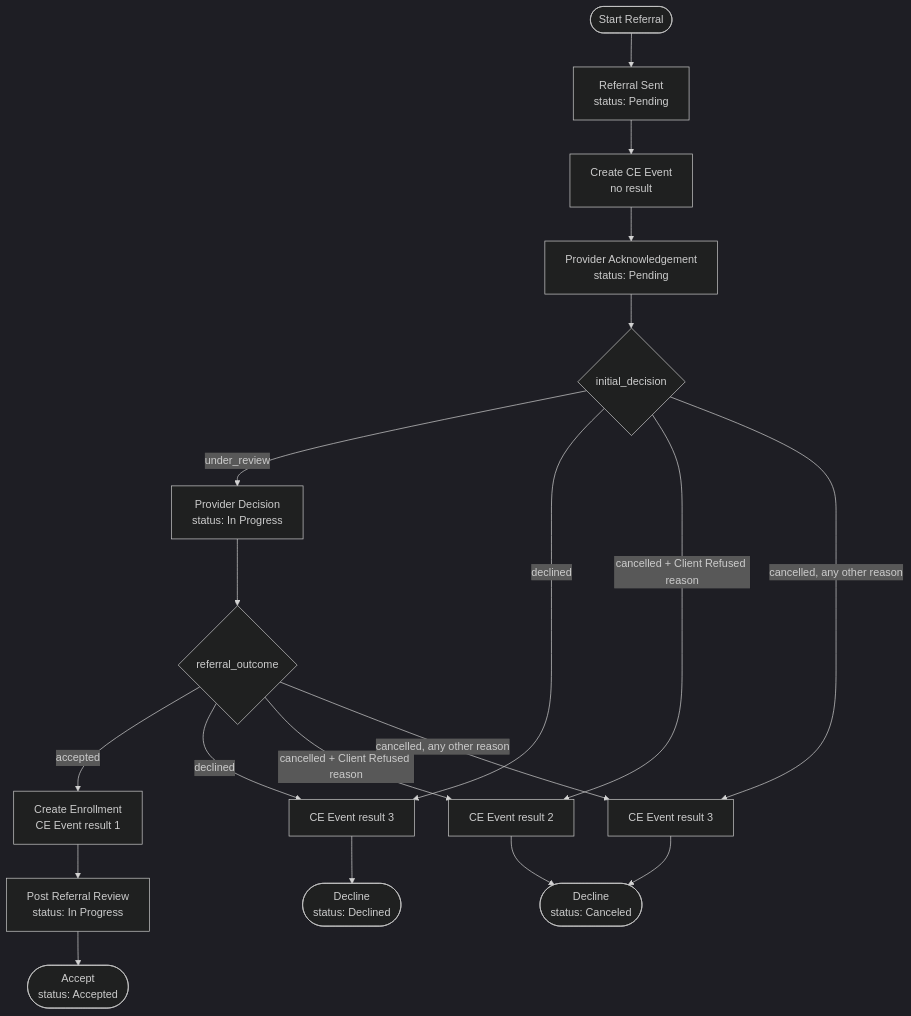
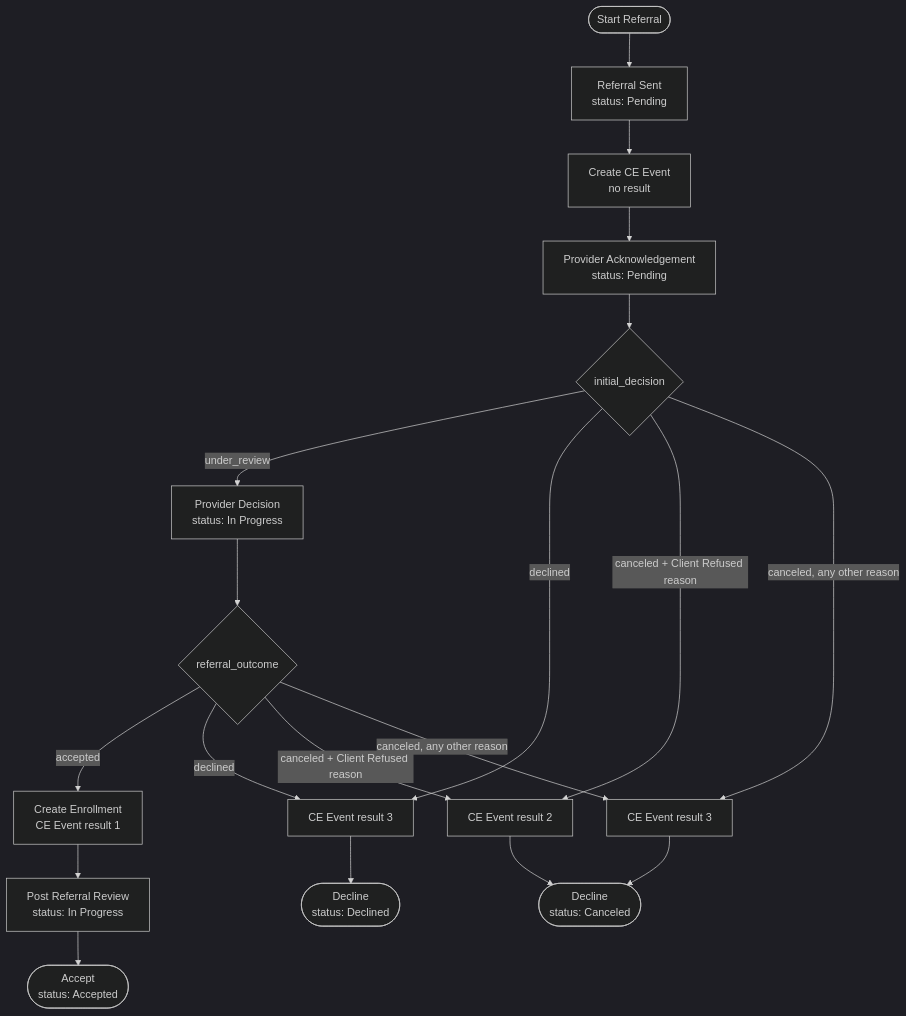
The diagram in drivers/hmis/lib/ce_workflows/az/README_FOR_AZ_CE_WORKFLOWS.md (greenriver/hmis-warehouse), drawn with Mermaid (dark theme) before and after one commit. The commit also changed other lines of this file and 5 other files, not shown here.

````diff
--- a/drivers/hmis/lib/ce_workflows/az/README_FOR_AZ_CE_WORKFLOWS.md
+++ b/drivers/hmis/lib/ce_workflows/az/README_FOR_AZ_CE_WORKFLOWS.md
@@ -45,21 +45,21 @@
 ```mermaid
 flowchart TD
   start(["Start Referral"]) --> send["Referral Sent<br/>status: Pending"]
   send --> createEvt["Create CE Event<br/>no result"]
   createEvt --> ack["Provider Acknowledgement<br/>status: Pending"]
   ack --> gwAck{"initial_decision"}
   gwAck -->|"under_review"| decision["Provider Decision<br/>status: In Progress"]
   gwAck -->|"declined"| setRes3["CE Event result 3"]
-  gwAck -->|"cancelled + Client Refused reason"| setRes2["CE Event result 2"]
-  gwAck -->|"cancelled, any other reason"| setRes3c["CE Event result 3"]
+  gwAck -->|"canceled + Client Refused reason"| setRes2["CE Event result 2"]
+  gwAck -->|"canceled, any other reason"| setRes3c["CE Event result 3"]
   decision --> gwDec{"referral_outcome"}
   gwDec -->|"accepted"| enroll["Create Enrollment<br/>CE Event result 1"]
   gwDec -->|"declined"| setRes3
-  gwDec -->|"cancelled + Client Refused reason"| setRes2
-  gwDec -->|"cancelled, any other reason"| setRes3c
+  gwDec -->|"canceled + Client Refused reason"| setRes2
+  gwDec -->|"canceled, any other reason"| setRes3c
   enroll --> post["Post Referral Review<br/>status: In Progress"]
   post --> accept(["Accept<br/>status: Accepted"])
   setRes3 --> declined(["Decline<br/>status: Declined"])
   setRes2 --> canceled(["Decline<br/>status: Canceled"])
   setRes3c --> canceled
 ```
````
